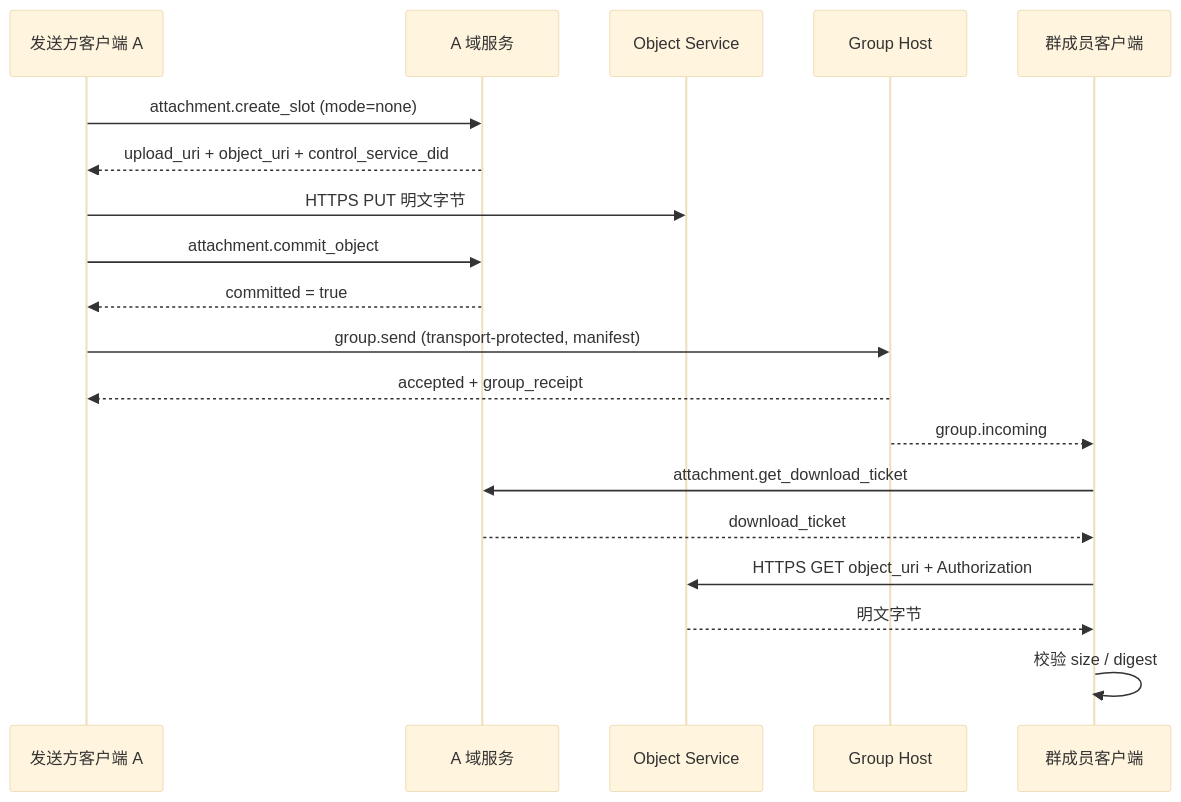
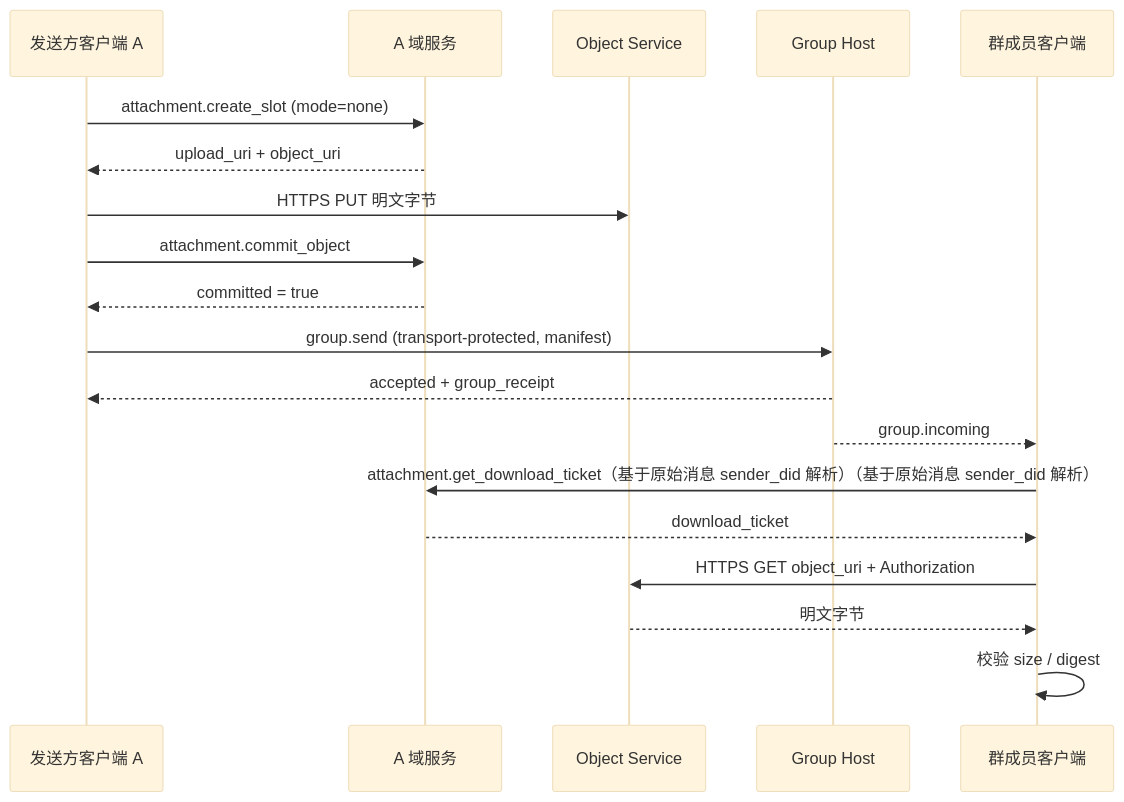
Before and after one commit to NeatNerdPrime/AgentNetworkProtocol: the fourth of 5 diagrams in chinese/message/07-附件与对象传输.md, drawn with Mermaid (base theme). The commit also changed other lines of this file and 3 other files, not shown here.

````diff
--- a/chinese/message/07-附件与对象传输.md
+++ b/chinese/message/07-附件与对象传输.md
@@ -248,22 +248,22 @@
 ```mermaid
 sequenceDiagram
     participant A as 发送方客户端 A
     participant AS as A 域服务
     participant OS as Object Service
     participant GH as Group Host
     participant M as 群成员客户端
 
     A->>AS: attachment.create_slot (mode=none)
-    AS-->>A: upload_uri + object_uri + control_service_did
+    AS-->>A: upload_uri + object_uri
     A->>OS: HTTPS PUT 明文字节
     A->>AS: attachment.commit_object
     AS-->>A: committed = true
     A->>GH: group.send (transport-protected, manifest)
     GH-->>A: accepted + group_receipt
     GH-->>M: group.incoming
-    M->>AS: attachment.get_download_ticket
+    M->>AS: attachment.get_download_ticket（基于原始消息 sender_did 解析）（基于原始消息 sender_did 解析）
     AS-->>M: download_ticket
     M->>OS: HTTPS GET object_uri + Authorization
     OS-->>M: 明文字节
     M->>M: 校验 size / digest
 ```
````
